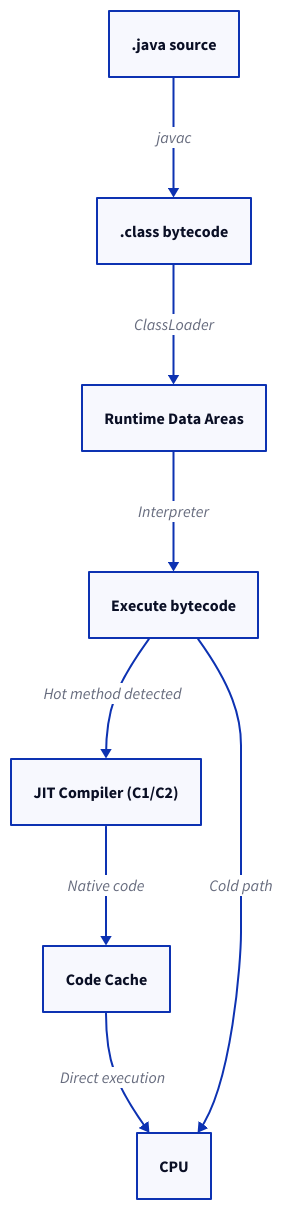
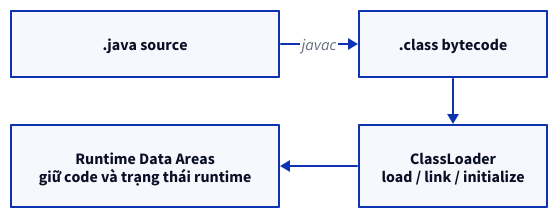
The first of 8 diagrams in content/docs/jvm/jvm-architecture.md (vanhiep99w/java-learn), drawn with D2 before and after one commit. The commit also changed other lines of this file and 62 other files, not shown here.

Commit message:
feat(docs): upgrade docs-kit and optimize diagram layouts

````diff
--- a/content/docs/jvm/jvm-architecture.md
+++ b/content/docs/jvm/jvm-architecture.md
@@ -42,17 +44,13 @@
-```d2 title="2. JVM tổng quan — từ .java đến machine code"
-direction: down
-n_A: ".java source"
-n_B: ".class bytecode"
-n_C: "Runtime Data Areas"
-n_D: "Execute bytecode"
-n_E: "JIT Compiler (C1/C2)"
-n_F: "Code Cache"
-n_G: "CPU"
-n_A -> n_B: "javac"
-n_B -> n_C: "ClassLoader"
-n_C -> n_D: "Interpreter"
-n_D -> n_E: "Hot method detected"
-n_E -> n_F: "Native code"
-n_F -> n_G: "Direct execution"
-n_D -> n_G: "Cold path"
+```d2 title="JVM: biên dịch và nạp class"
+grid-rows: 2
+grid-columns: 2
+horizontal-gap: 80
+vertical-gap: 48
+source: ".java source"
+bytecode: ".class bytecode"
+data: "Runtime Data Areas\ngiữ code và trạng thái runtime"
+loader: "ClassLoader\nload / link / initialize"
+source -> bytecode: javac
+bytecode -> loader
+loader -> data
 ```
````
